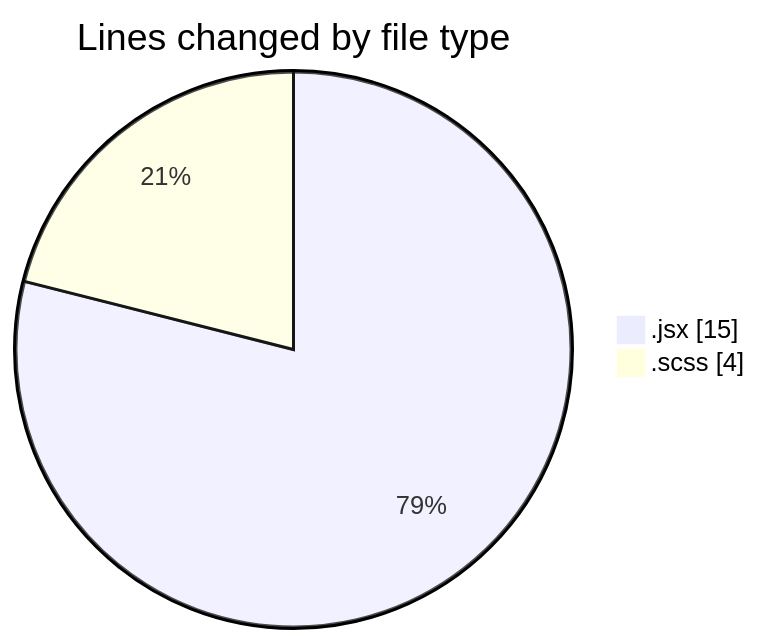
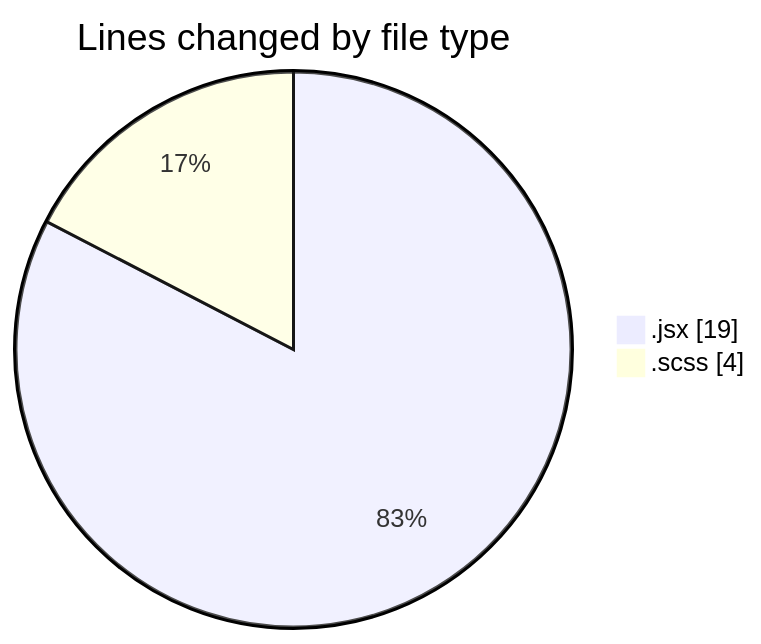
Before and after one commit to momahboobian/code-tracking: the first of 2 diagrams in 2025-06-04/cda/README.md, drawn with Mermaid. The commit also changed other lines of this file and 1 other file, not shown here.

````diff
--- a/2025-06-04/cda/README.md
+++ b/2025-06-04/cda/README.md
@@ -21,6 +21,6 @@
 ```mermaid
 pie showData
 title Lines changed by file type
-".jsx" : 15
+".jsx" : 19
 ".scss" : 4
 ```
````
